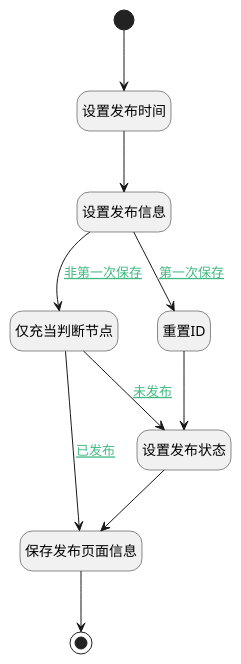
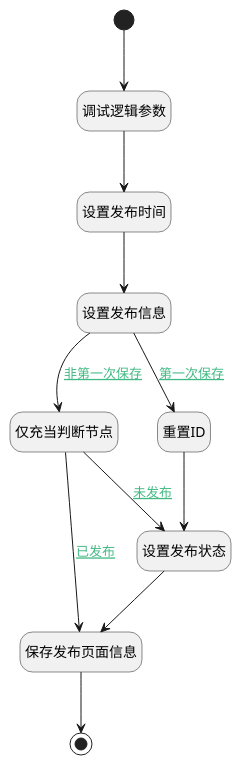
Before and after one commit to iBizLab/plm: the diagram in doc/docsify/module/Wiki/article_page/logic/publish_page.md, drawn with PlantUML. The commit also changed other lines of this file and 1276 other files, not shown here.

````diff
--- a/doc/docsify/module/Wiki/article_page/logic/publish_page.md
+++ b/doc/docsify/module/Wiki/article_page/logic/publish_page.md
@@ -7,33 +7,35 @@
 ```plantuml
 @startuml
 hide empty description
 <style>
 root {
   HyperlinkColor #42b983
 }
 </style>
 
 hide empty description
 state "开始" as Begin <<start>> [[$./publish_page#begin {"开始"}]]
+state "调试逻辑参数" as DEBUGPARAM1  [[$./publish_page#debugparam1 {"调试逻辑参数"}]]
 state "设置发布信息" as PREPAREPARAM1  [[$./publish_page#prepareparam1 {"设置发布信息"}]]
 state "仅充当判断节点" as PREPAREPARAM5  [[$./publish_page#prepareparam5 {"仅充当判断节点"}]]
 state "设置发布时间" as RAWSFCODE1  [[$./publish_page#rawsfcode1 {"设置发布时间"}]]
 state "重置ID" as PREPAREPARAM4  [[$./publish_page#prepareparam4 {"重置ID"}]]
 state "设置发布状态" as PREPAREPARAM2  [[$./publish_page#prepareparam2 {"设置发布状态"}]]
 state "保存发布页面信息" as DEACTION2  [[$./publish_page#deaction2 {"保存发布页面信息"}]]
 state "结束" as END2 <<end>> [[$./publish_page#end2 {"结束"}]]
 
 
-Begin --> RAWSFCODE1
+Begin --> DEBUGPARAM1
+DEBUGPARAM1 --> RAWSFCODE1
 RAWSFCODE1 --> PREPAREPARAM1
 PREPAREPARAM1 --> PREPAREPARAM4 : [[$./publish_page#prepareparam1-prepareparam4{第一次保存} 第一次保存]]
 PREPAREPARAM4 --> PREPAREPARAM2
 PREPAREPARAM2 --> DEACTION2
 DEACTION2 --> END2
 PREPAREPARAM1 --> PREPAREPARAM5 : [[$./publish_page#prepareparam1-prepareparam5{非第一次保存} 非第一次保存]]
 PREPAREPARAM5 --> DEACTION2 : [[$./publish_page#prepareparam5-deaction2{已发布} 已发布]]
 PREPAREPARAM5 --> PREPAREPARAM2 : [[$./publish_page#prepareparam5-prepareparam2{未发布} 未发布]]
 
 
 @enduml
 ```
````
